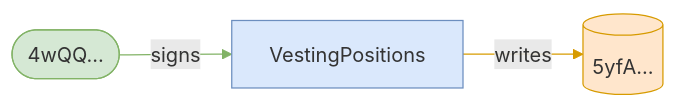
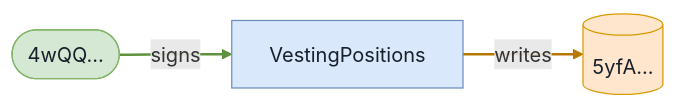
The eighth of 9 diagrams in babelfish-tests/test-report/close_receipt_fails_while_campaign_active.md (cds-turbin3/vesting-position), drawn with Mermaid before and after one commit. The commit also changed other lines of this file and 106 other files, not shown here.

````diff
--- a/babelfish-tests/test-report/close_receipt_fails_while_campaign_active.md
+++ b/babelfish-tests/test-report/close_receipt_fails_while_campaign_active.md
@@ -392,13 +390,13 @@
 ```mermaid
 flowchart LR
     VestingPositions["VestingPositions"]:::program
     n4wQQ(["4wQQ…"]):::signer
     n5yfA[("5yfA…")]:::state
     n4wQQ -->|signs| VestingPositions
     VestingPositions -->|writes| n5yfA
-    classDef program fill:#dae8fc,stroke:#6c8ebf;
-    classDef signer fill:#d5e8d4,stroke:#82b366;
-    classDef state fill:#ffe6cc,stroke:#d79b00;
-    linkStyle 0 stroke:#82b366
-    linkStyle 1 stroke:#d79b00
+    classDef program fill:#dae8fc,stroke:#6c8ebf,color:#17202a;
+    classDef signer fill:#d5e8d4,stroke:#82b366,color:#17202a;
+    classDef state fill:#ffe6cc,stroke:#d79b00,color:#17202a;
+    linkStyle 0 stroke:#5f913f,stroke-width:2px
+    linkStyle 1 stroke:#b87800,stroke-width:2px
 ```
````
